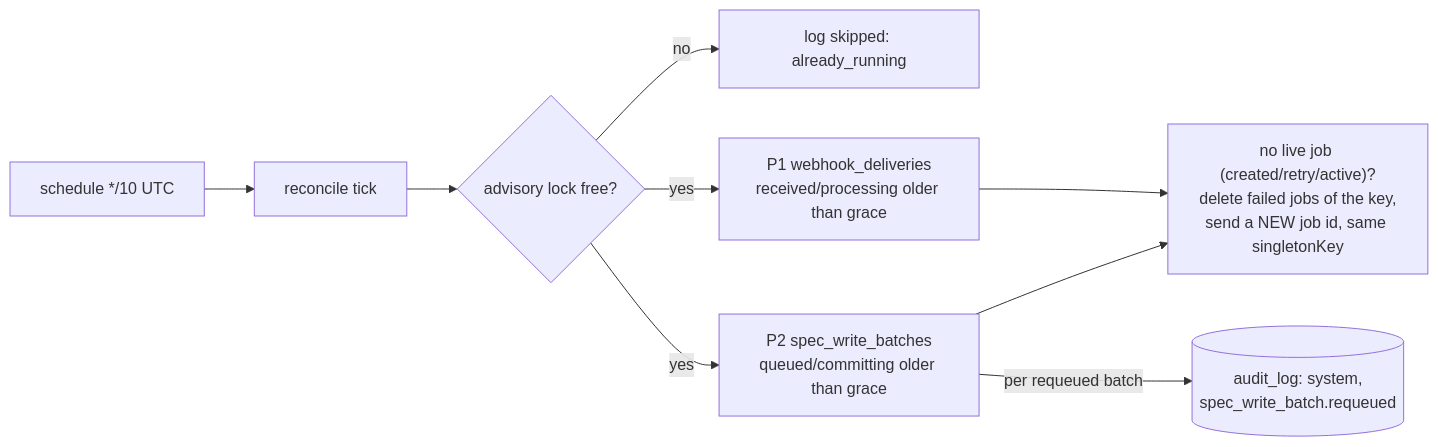
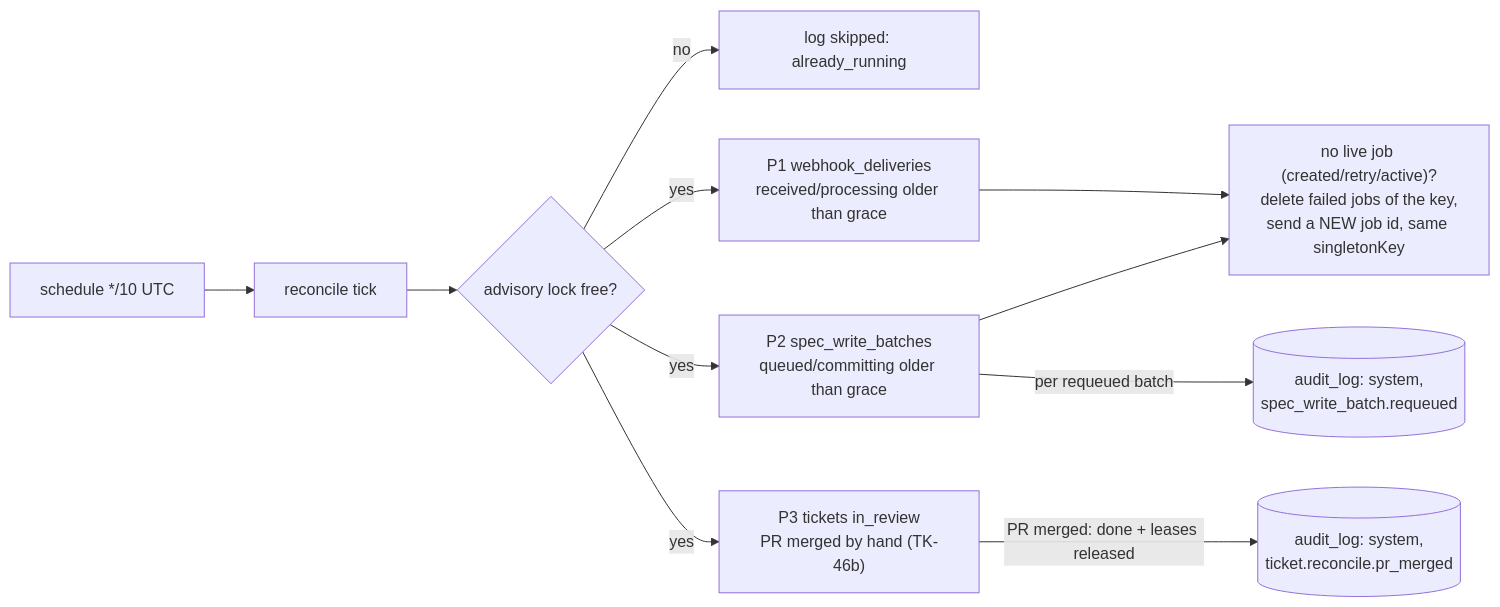
Before and after one commit to koklo-dev/koklo: diagram 27 of 35 in docs/architecture.md, drawn with Mermaid. The commit also changed other lines of this file and 19 other files, not shown here.

Commit message:
feat(worker): reconcile pull requests merged by hand

````diff
--- a/docs/architecture.md
+++ b/docs/architecture.md
@@ -903,10 +903,12 @@
 ```mermaid
 flowchart LR
   S["schedule */10 UTC"] --> T["reconcile tick"] --> L{"advisory lock free?"}
   L -->|"no"| K["log skipped: already_running"]
   L -->|"yes"| P1["P1 webhook_deliveries<br/>received/processing older than grace"]
   L -->|"yes"| P2["P2 spec_write_batches<br/>queued/committing older than grace"]
+  L -->|"yes"| P3["P3 tickets in_review<br/>PR merged by hand (TK-46b)"]
   P1 --> R["no live job (created/retry/active)?<br/>delete failed jobs of the key,<br/>send a NEW job id, same singletonKey"]
   P2 --> R
   P2 -->|"per requeued batch"| A[("audit_log: system,<br/>spec_write_batch.requeued")]
+  P3 -->|"PR merged: done + leases released"| A3[("audit_log: system,<br/>ticket.reconcile.pr_merged")]
 ```
````
